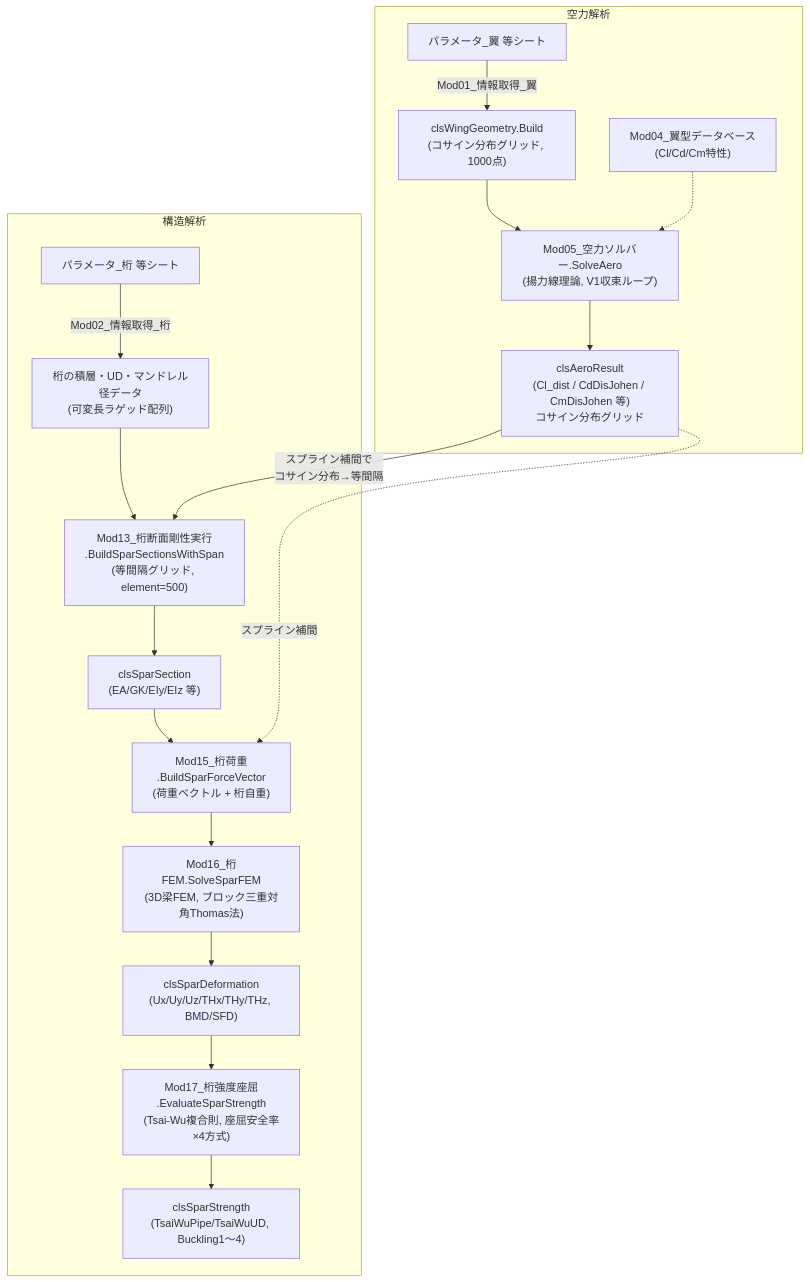
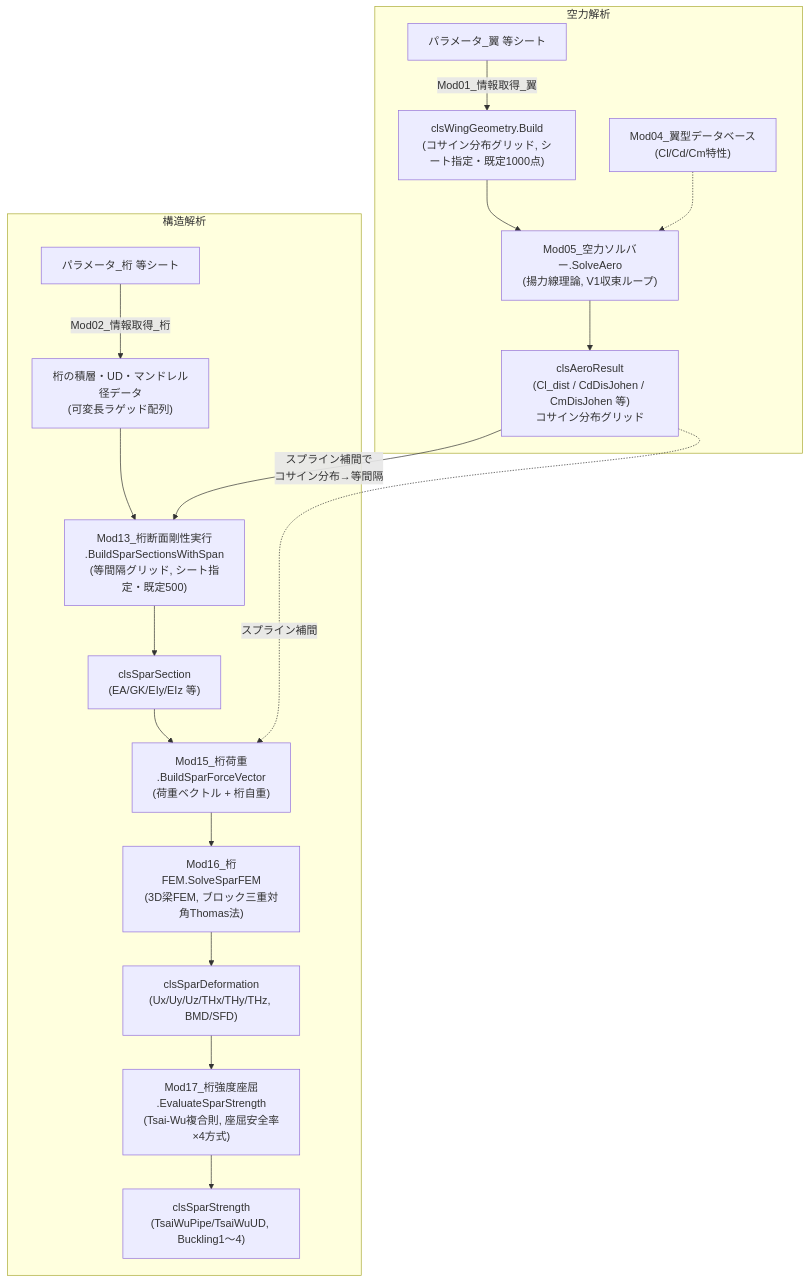
Before and after one commit to YujiFukami/windmillclub-design: the diagram in docs/01_全体アーキテクチャ.md, drawn with Mermaid. The commit also changed other lines of this file and 3 other files, not shown here.

````diff
--- a/docs/01_全体アーキテクチャ.md
+++ b/docs/01_全体アーキテクチャ.md
@@ -12,26 +12,26 @@
 ```mermaid
 flowchart TD
     subgraph AERO["空力解析"]
-        A1["パラメータ_翼 等シート"] -->|"Mod01_情報取得_翼"| B1["clsWingGeometry.Build<br/>(コサイン分布グリッド, 1000点)"]
+        A1["パラメータ_翼 等シート"] -->|"Mod01_情報取得_翼"| B1["clsWingGeometry.Build<br/>(コサイン分布グリッド, シート指定・既定1000点)"]
         DB["Mod04_翼型データベース<br/>(Cl/Cd/Cm特性)"]
         B1 --> C["Mod05_空力ソルバー.SolveAero<br/>(揚力線理論, V1収束ループ)"]
         DB -.-> C
         C --> E["clsAeroResult<br/>(Cl_dist / CdDisJohen / CmDisJohen 等)<br/>コサイン分布グリッド"]
     end
 
     subgraph STRUCT["構造解析"]
         A2["パラメータ_桁 等シート"] -->|"Mod02_情報取得_桁"| B2["桁の積層・UD・マンドレル径データ<br/>(可変長ラゲッド配列)"]
-        F["Mod13_桁断面剛性実行<br/>.BuildSparSectionsWithSpan<br/>(等間隔グリッド, element=500)"]
+        F["Mod13_桁断面剛性実行<br/>.BuildSparSectionsWithSpan<br/>(等間隔グリッド, シート指定・既定500)"]
         B2 --> F
         F --> G["clsSparSection<br/>(EA/GK/EIy/EIz 等)"]
         H["Mod15_桁荷重<br/>.BuildSparForceVector<br/>(荷重ベクトル + 桁自重)"]
         G --> H
         H --> I["Mod16_桁FEM.SolveSparFEM<br/>(3D梁FEM, ブロック三重対角Thomas法)"]
         I --> J["clsSparDeformation<br/>(Ux/Uy/Uz/THx/THy/THz, BMD/SFD)"]
         J --> K["Mod17_桁強度座屈<br/>.EvaluateSparStrength<br/>(Tsai-Wu複合則, 座屈安全率×4方式)"]
         K --> L["clsSparStrength<br/>(TsaiWuPipe/TsaiWuUD, Buckling1〜4)"]
     end
 
     E -->|"スプライン補間で<br/>コサイン分布→等間隔"| F
     E -.->|"スプライン補間"| H
 ```
````
